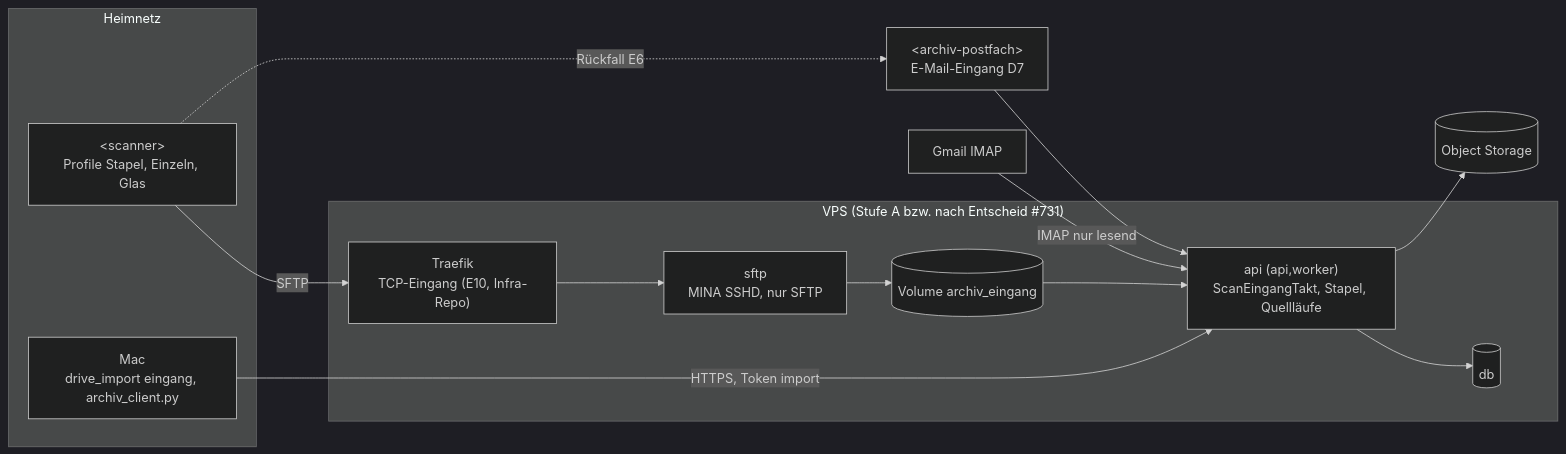
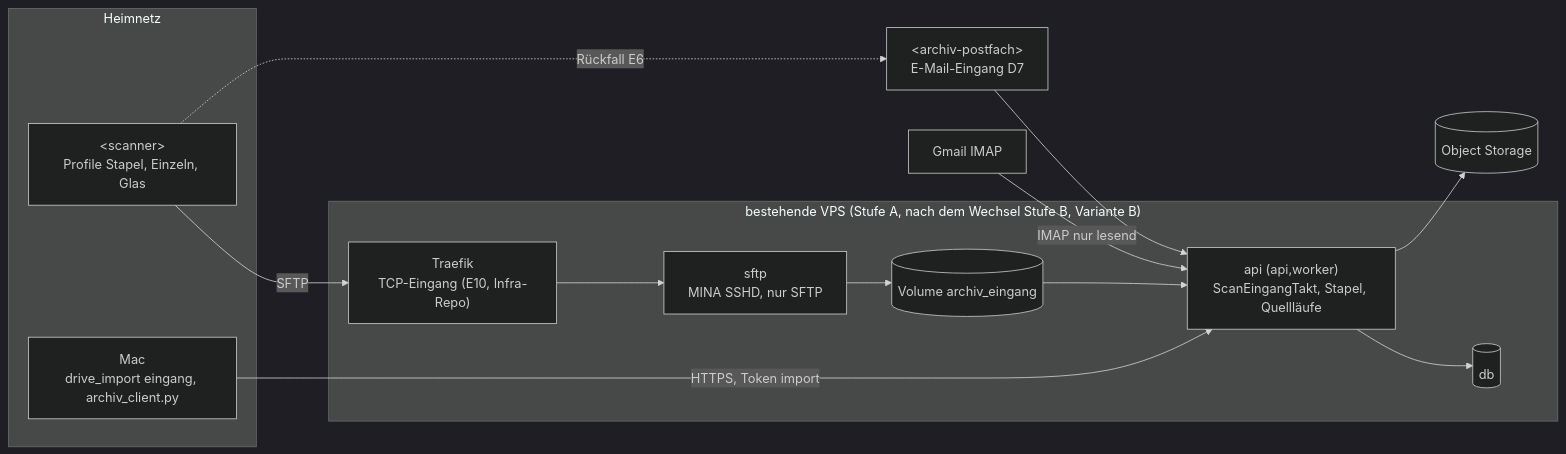
One commit to Urinet-ch/dokumentenmanagement changed the first of 2 diagrams in .kiro/specs/09-produktivimport/design.md. Above: the diagram before and after it, drawn with Mermaid (dark theme). The commit also changed other lines of this file and 14 other files, not shown here.

First line of the commit message:
docs(spec01): Variante B – bestehende VPS wird produktiv

````diff
--- a/.kiro/specs/09-produktivimport/design.md
+++ b/.kiro/specs/09-produktivimport/design.md
@@ -70,23 +70,23 @@
 ```mermaid
 flowchart LR
   subgraph Heimnetz
     SC["&lt;scanner&gt;<br/>Profile Stapel, Einzeln, Glas"]
     MAC["Mac<br/>drive_import eingang, archiv_client.py"]
   end
-  subgraph VPS["VPS (Stufe A bzw. nach Entscheid #731)"]
+  subgraph VPS["bestehende VPS (Stufe A, nach dem Wechsel Stufe B, Variante B)"]
     TR["Traefik<br/>TCP-Eingang (E10, Infra-Repo)"]
     SFTP["sftp<br/>MINA SSHD, nur SFTP"]
     VOL[("Volume archiv_eingang")]
     API["api (api,worker)<br/>ScanEingangTakt, Stapel, Quellläufe"]
     PG[("db")]
   end
   S3[("Object Storage")]
   GM["Gmail IMAP"]
   MB["&lt;archiv-postfach&gt;<br/>E-Mail-Eingang D7"]
   SC -- SFTP --> TR --> SFTP --> VOL --> API
   SC -. Rückfall E6 .-> MB --> API
   MAC -- HTTPS, Token import --> API
   GM -- IMAP nur lesend --> API
   API --> PG
   API --> S3
 ```
````
